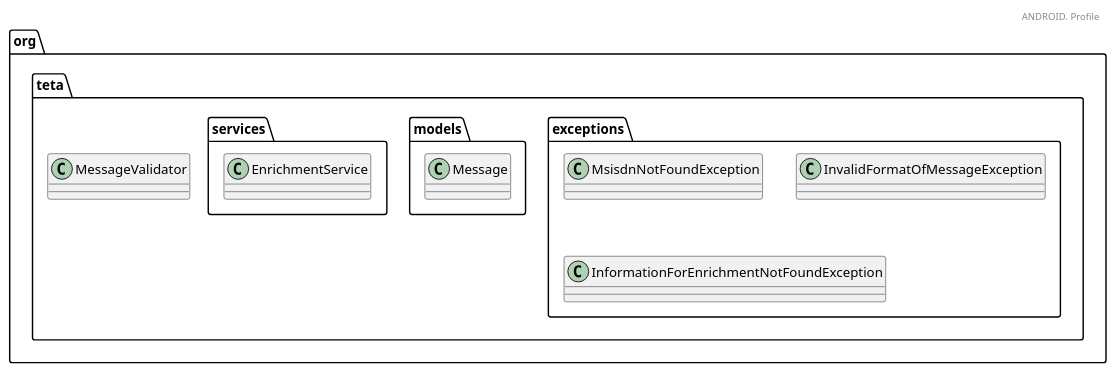
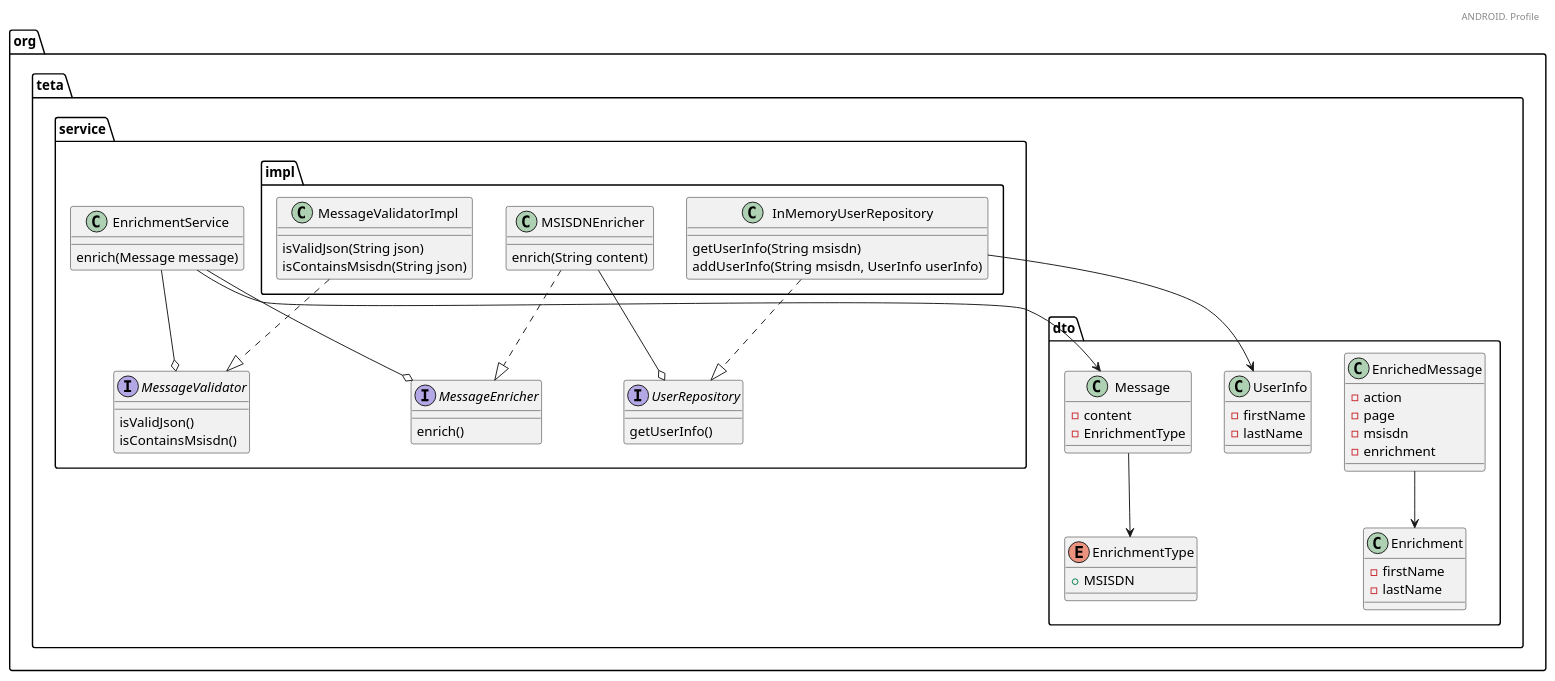
The diagram in local/cd.puml (churchhellah/teta), drawn with PlantUML before and after one commit. The commit also changed 1 other file, not shown here.

Commit message:
актуализировал диаграмму классов

```diff
--- a/local/cd.puml
+++ b/local/cd.puml
@@ -1,31 +1,70 @@
 @startuml
     header "ANDROID. Profile"
 
     package org.teta {
 
-        package exceptions {
-
-            class MsisdnNotFoundException {}
-
-            class InvalidFormatOfMessageException {}
-
-            class InformationForEnrichmentNotFoundException {}
-
+        package dto {
+            class EnrichedMessage {
+                -action
+                -page
+                -msisdn
+                -enrichment
+            }
+            class Enrichment {
+                -firstName
+                -lastName
+            }
+            class Message {
+                -content
+                -EnrichmentType
+            }
+            enum EnrichmentType {
+                +MSISDN
+            }
+            class UserInfo {
+                -firstName
+                -lastName
+            }
         }
 
-        package models {
-
-            class Message {}
-
+        package service {
+            package impl {
+                class InMemoryUserRepository {
+                    getUserInfo(String msisdn)
+                    addUserInfo(String msisdn, UserInfo userInfo)
+                }
+                class MessageValidatorImpl {
+                    isValidJson(String json)
+                    isContainsMsisdn(String json)
+                }
+                class MSISDNEnricher {
+                    enrich(String content)
+                }
+            }
+            interface MessageEnricher {
+                enrich()
+            }
+            interface MessageValidator {
+                isValidJson()
+                isContainsMsisdn()
+            }
+            interface UserRepository {
+                getUserInfo()
+            }
+            class EnrichmentService {
+                enrich(Message message)
+            }
         }
 
-        package services {
-
-            class EnrichmentService {}
-
-        }
-
-        class MessageValidator {}
-
+        EnrichedMessage --> Enrichment
+        Message --> EnrichmentType
+        InMemoryUserRepository ..|> UserRepository
+        MessageValidatorImpl ..|> MessageValidator
+        MSISDNEnricher ..|> MessageEnricher
+        InMemoryUserRepository --> UserInfo
+        MSISDNEnricher --o UserRepository
+        EnrichmentService --o MessageValidator
+        EnrichmentService --o MessageEnricher
+        EnrichmentService --> Message
     }
 @enduml
```
